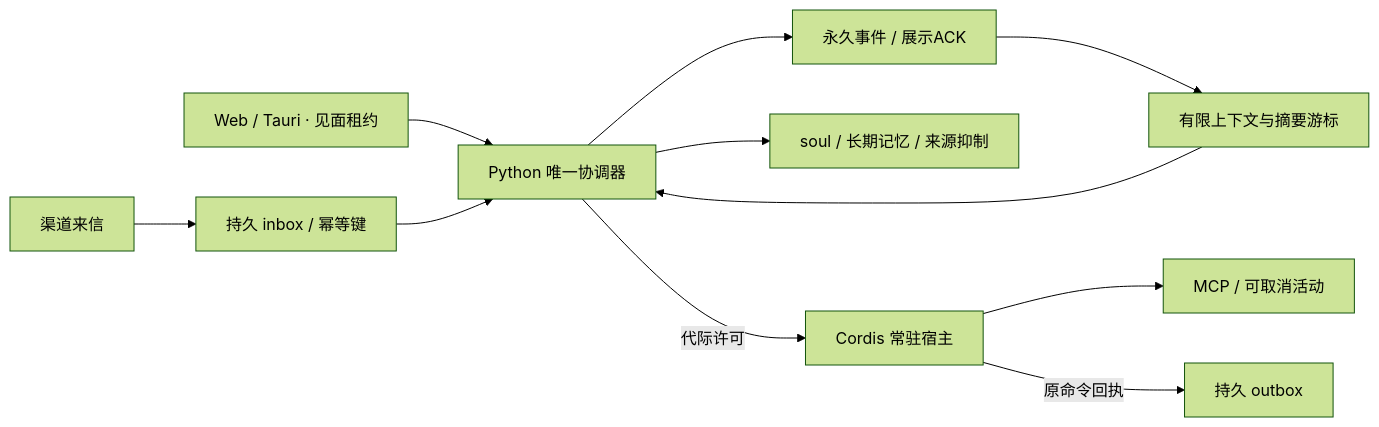
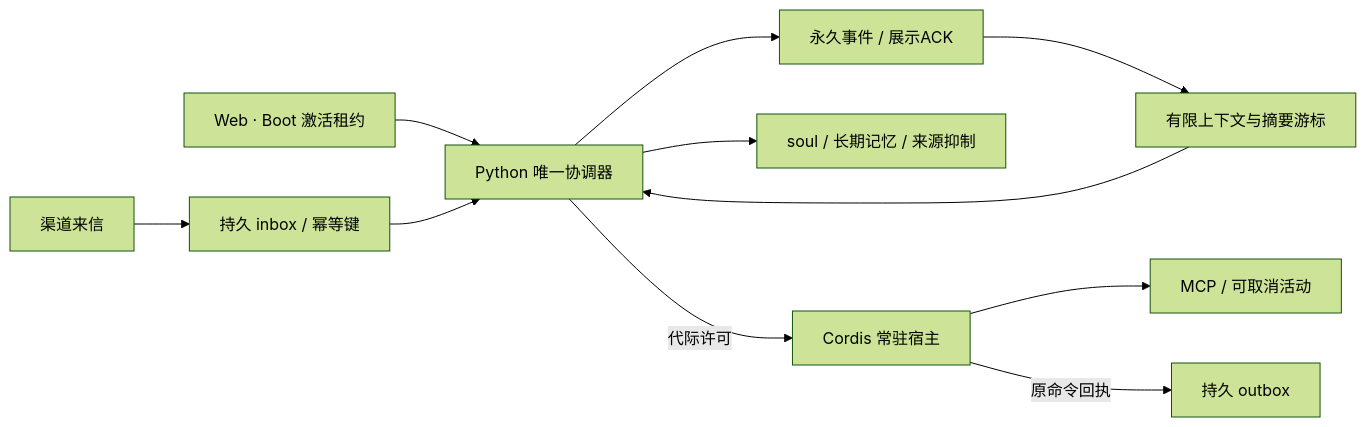
The diagram in docs/development/v3-runtime.md (Momoyeyu/momo-web), drawn with Mermaid (forest theme) before and after one commit. The commit also changed other lines of this file and 78 other files, not shown here.

````diff
--- a/docs/development/v3-runtime.md
+++ b/docs/development/v3-runtime.md
@@ -3,13 +3,13 @@
 ```mermaid
 flowchart LR
-  W[Web / Tauri · 见面租约] --> C[Python 唯一协调器]
+  W[Web · Boot 激活租约] --> C[Python 唯一协调器]
   V[渠道来信] --> I[持久 inbox / 幂等键]
   I --> C
   C --> H[永久事件 / 展示ACK]
   H --> P[有限上下文与摘要游标]
   P --> C
   C --> M[soul / 长期记忆 / 来源抑制]
   C -->|代际许可| N[Cordis 常驻宿主]
   N --> T[MCP / 可取消活动]
   N -->|原命令回执| O[持久 outbox]
 ```
````
